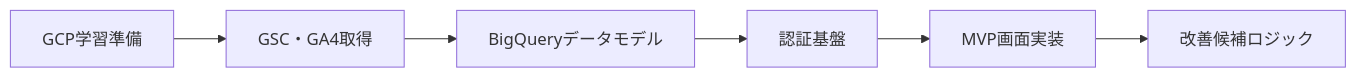
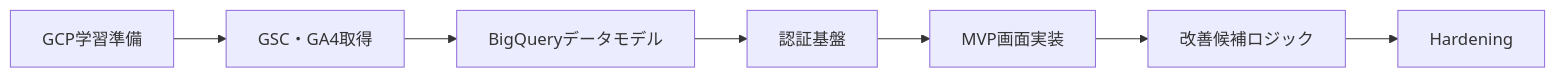
Before and after one commit to fwns6760/seo-analyzer: the diagram in TASKS.md, drawn with Mermaid. The commit also changed other lines of this file and 61 other files, not shown here.

````diff
--- a/TASKS.md
+++ b/TASKS.md
@@ -239,8 +273,9 @@
 ```mermaid
 flowchart LR
     A[GCP学習準備] --> B[GSC・GA4取得]
     B --> C[BigQueryデータモデル]
     C --> D[認証基盤]
     D --> E[MVP画面実装]
     E --> F[改善候補ロジック]
+    F --> G[Hardening]
 ```
````
